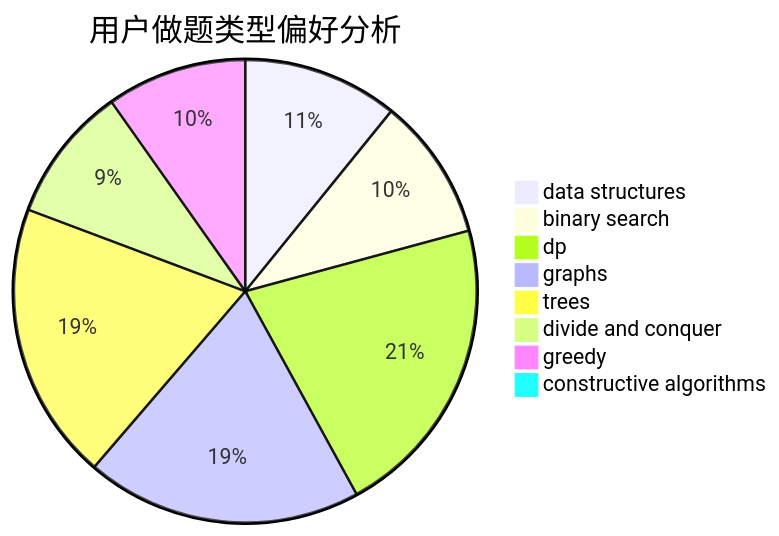
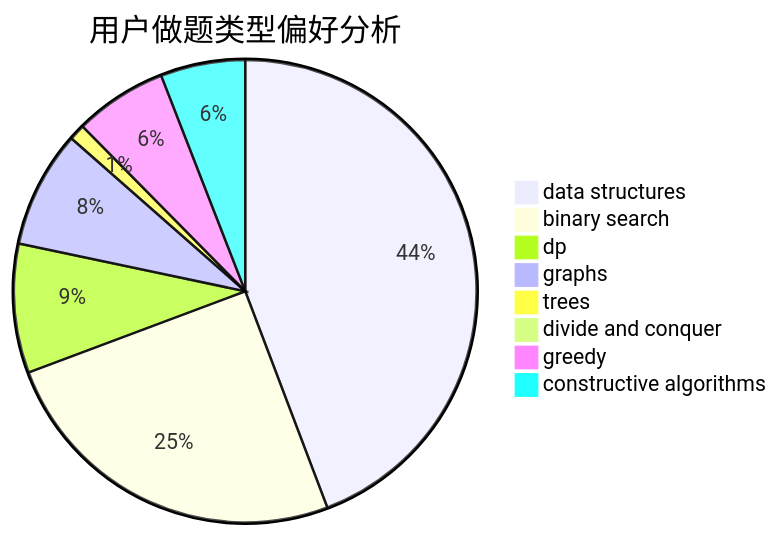
Before and after one commit to sherpahu/cfrs.github.io: the second of 3 diagrams in docs/user/u133.md, drawn with Mermaid. The commit also changed other lines of this file and 2770 other files, not shown here.

````diff
--- a/docs/user/u133.md
+++ b/docs/user/u133.md
@@ -23,11 +23,11 @@
 ```mermaid
 pie title 用户做题类型偏好分析
-    "data structures" :  72
-    "binary search" :  66
-    "dp" :  141
-    "graphs" :  128
-    "trees" :  129
-    "divide and conquer" :  63
-    "greedy" :  65
-    "constructive algorithms" :  4
+    "data structures" :  157
+    "binary search" :  89
+    "dp" :  32
+    "graphs" :  29
+    "trees" :  4
+    "divide and conquer" :  0
+    "greedy" :  23
+    "constructive algorithms" :  21
 ```
````
